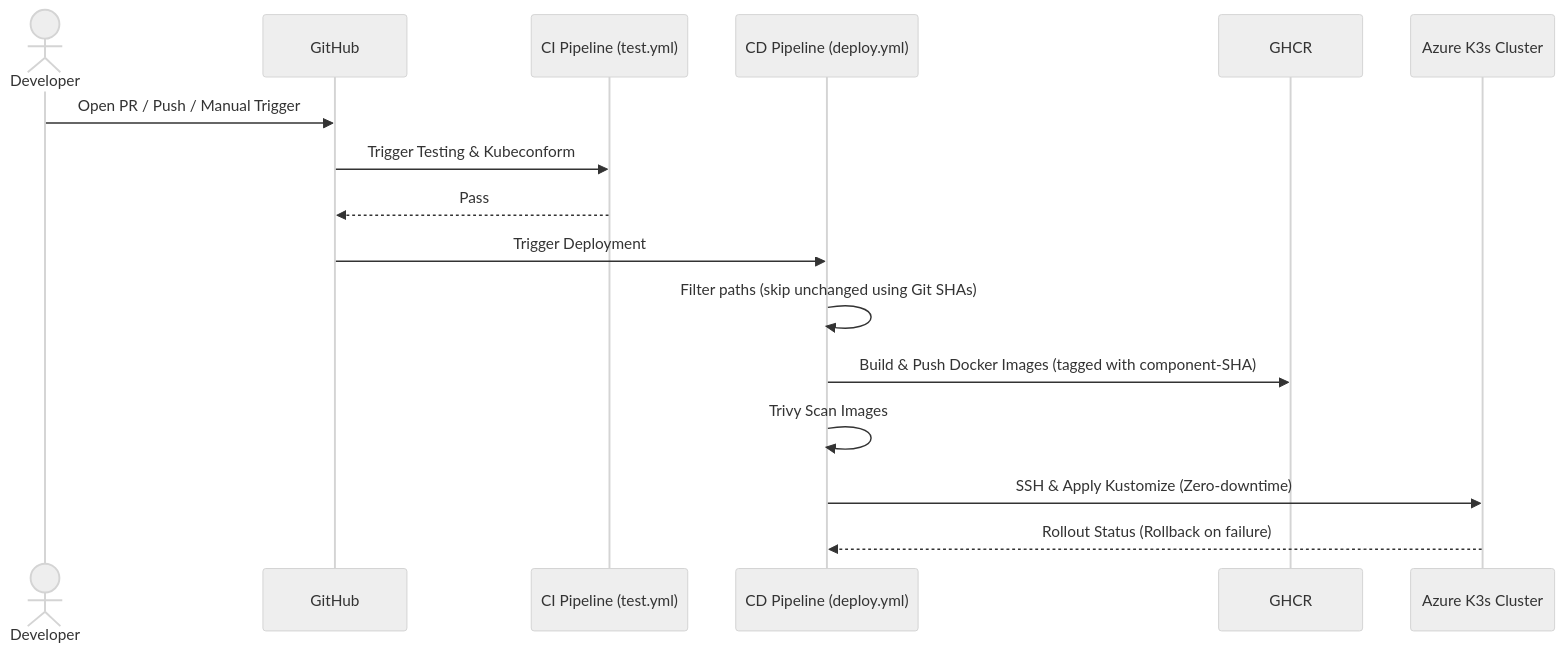
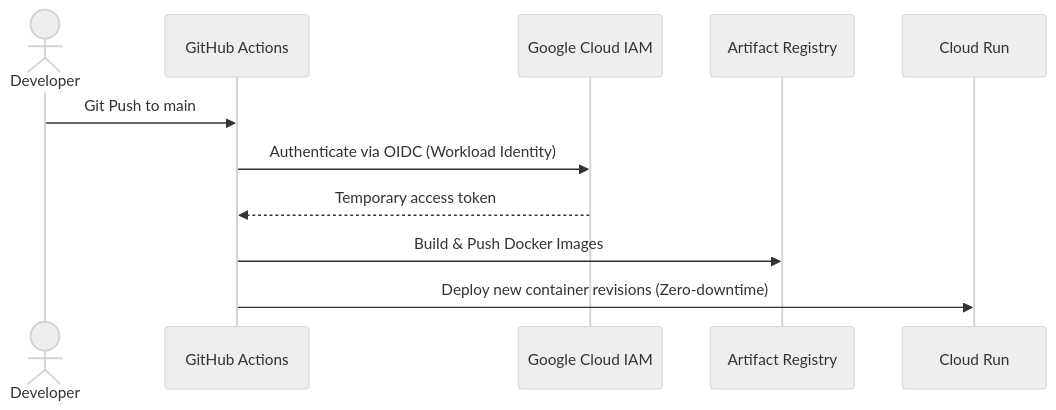
One commit to mattDev0/portfolio-monorepo changed the second of 2 diagrams in README.md. Above: the diagram before and after it, drawn with Mermaid (neutral theme). The commit also changed other lines of this file, not shown here.

Commit message:
docs: update README to reflect GCP serverless architecture

````diff
--- a/README.md
+++ b/README.md
@@ -156,20 +136,14 @@
 ```mermaid
 sequenceDiagram
     actor Developer
-    participant GitHub as GitHub
-    participant TestGate as CI Pipeline (test.yml)
-    participant DeployGate as CD Pipeline (deploy.yml)
-    participant GHCR as GHCR
-    participant K3s as Azure K3s Cluster
+    participant GitHub as GitHub Actions
+    participant GCP as Google Cloud IAM
+    participant GAR as Artifact Registry
+    participant CR as Cloud Run
 
-    Developer->>GitHub: Open PR / Push / Manual Trigger
-    GitHub->>TestGate: Trigger Testing & Kubeconform
-    TestGate-->>GitHub: Pass
-    
-    GitHub->>DeployGate: Trigger Deployment
-    DeployGate->>DeployGate: Filter paths (skip unchanged using Git SHAs)
-    DeployGate->>GHCR: Build & Push Docker Images (tagged with component-SHA)
-    DeployGate->>DeployGate: Trivy Scan Images
-    DeployGate->>K3s: SSH & Apply Kustomize (Zero-downtime)
-    K3s-->>DeployGate: Rollout Status (Rollback on failure)
+    Developer->>GitHub: Git Push to main
+    GitHub->>GCP: Authenticate via OIDC (Workload Identity)
+    GCP-->>GitHub: Temporary access token
+    GitHub->>GAR: Build & Push Docker Images
+    GitHub->>CR: Deploy new container revisions (Zero-downtime)
 ```
````
